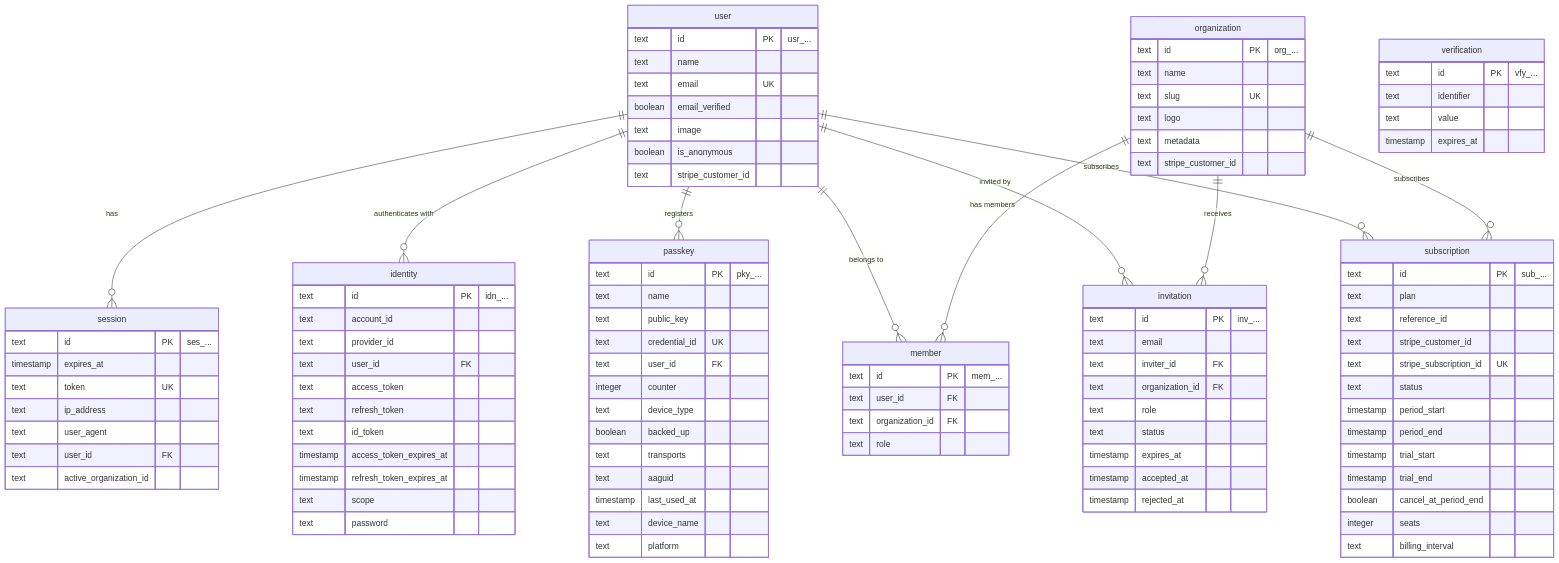
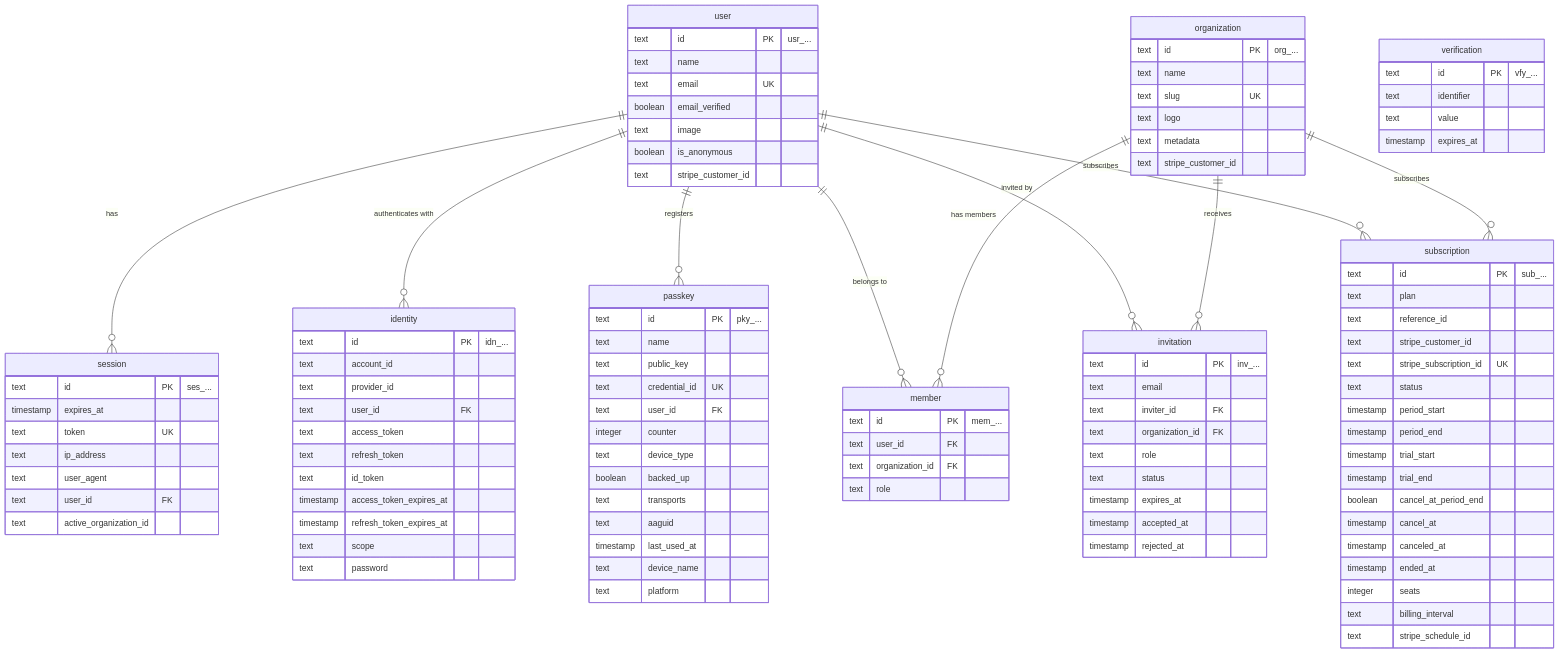
One commit to kriasoft/react-starter-kit changed the diagram in database/schema.md. Above: the diagram before and after it, drawn with Mermaid. The commit also changed other lines of this file and 503 other files, not shown here.

````diff
--- a/database/schema.md
+++ b/database/schema.md
@@ -141,7 +141,11 @@
         timestamp trial_start
         timestamp trial_end
         boolean cancel_at_period_end
+        timestamp cancel_at
+        timestamp canceled_at
+        timestamp ended_at
         integer seats
         text billing_interval
+        text stripe_schedule_id
     }
 ```
````
